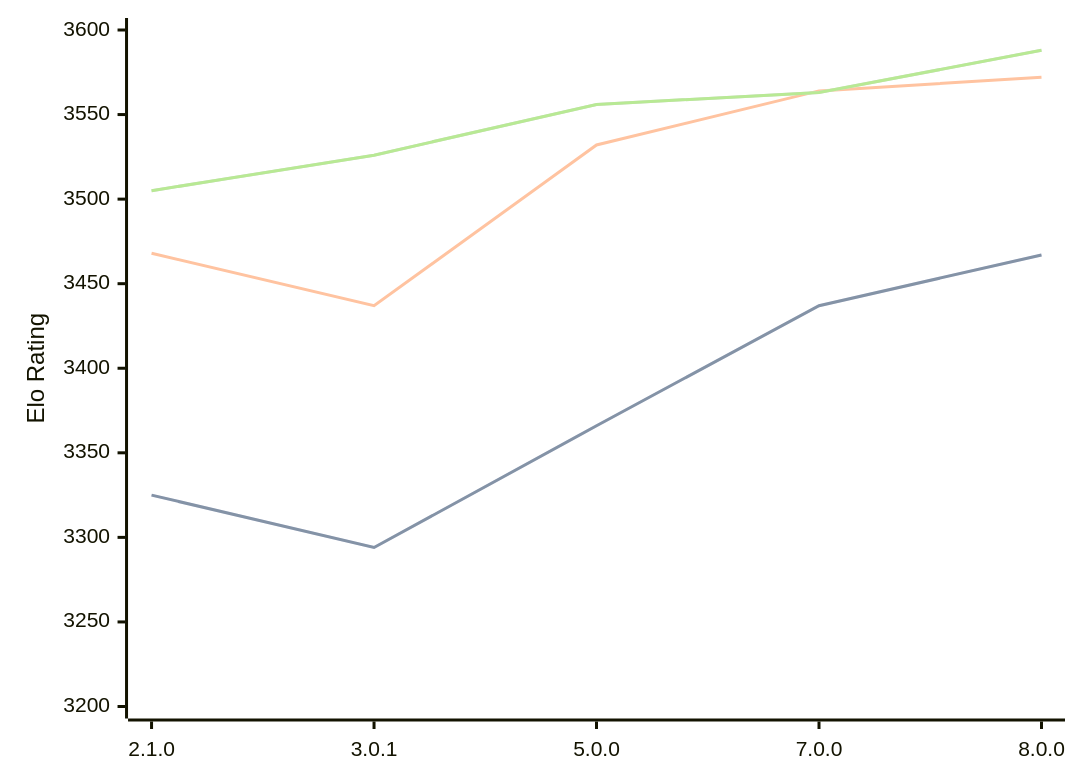
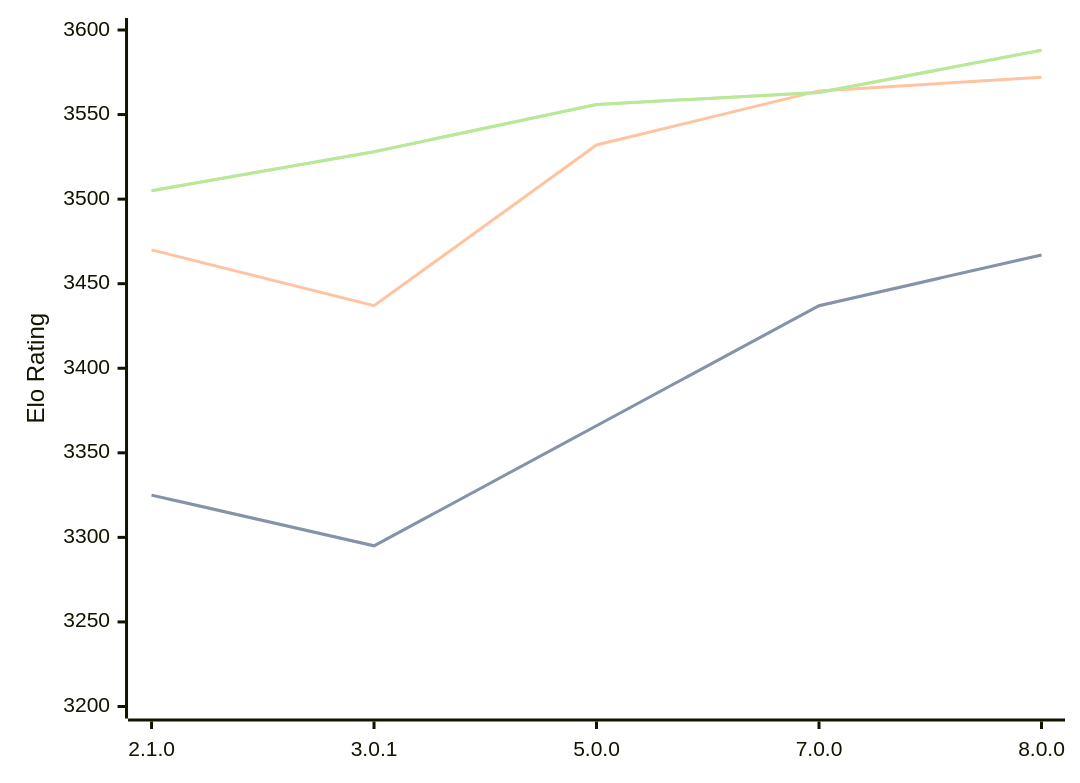
One commit to computer-chess-index/cci changed the diagram in engines/PlentyChess.md. Above: the diagram before and after it, drawn with Mermaid. The commit also changed other lines of this file, not shown here.

Commit message:
Update CCI Ratings (ELO VLTC) - 2026-08-29

````diff
--- a/engines/PlentyChess.md
+++ b/engines/PlentyChess.md
@@ -37,11 +37,11 @@
 ```mermaid
 %%{init: {"theme":"base","themeVariables":{"seriesColors:['#a3a3a3','#222221','#faa371']}}}%%
 xychart-beta
   x-axis ["2.1.0", "3.0.1", "5.0.0", "7.0.0", "8.0.0"]
   y-axis "Elo Rating" 3200 --> 3600
-  line "" [3325, 3294, 3366, 3437, 3467]
-  line "STC (8.0+0.08s)" [3325, 3294, 3366, 3437, 3467]
-  line "LTC (60.0+0.60s)" [3468, 3437, 3532, 3564, 3572]
-  line "" [3505, 3526, 3556, 3563, 3588]
-  line "VLTC (2m24s+1.12s)" [3505, 3526, 3556, 3563, 3588]
+  line "" [3325, 3295, 3366, 3437, 3467]
+  line "STC (8.0+0.08s)" [3325, 3295, 3366, 3437, 3467]
+  line "LTC (60.0+0.60s)" [3470, 3437, 3532, 3564, 3572]
+  line "" [3505, 3528, 3556, 3563, 3588]
+  line "VLTC (2m24s+1.12s)" [3505, 3528, 3556, 3563, 3588]
 ```
````
